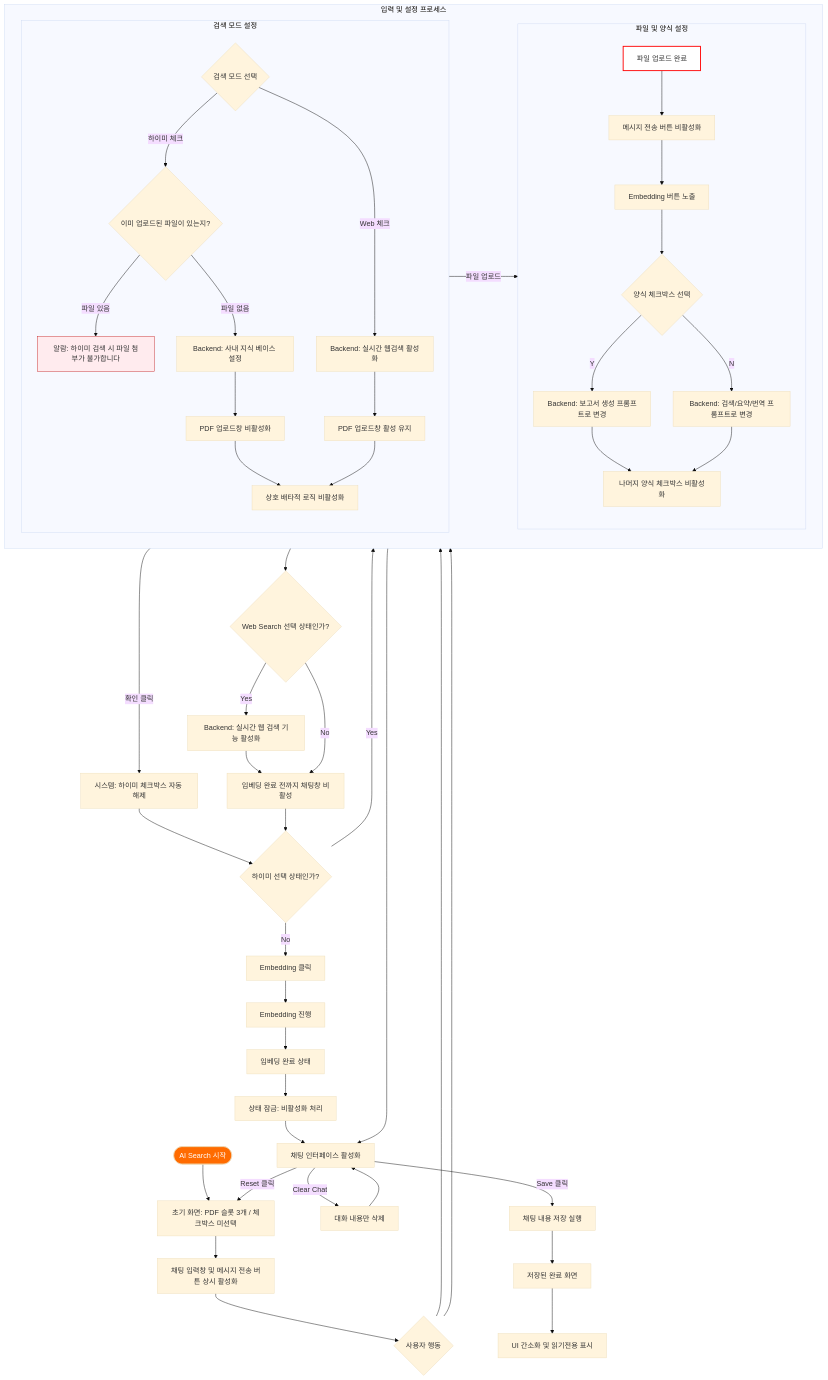
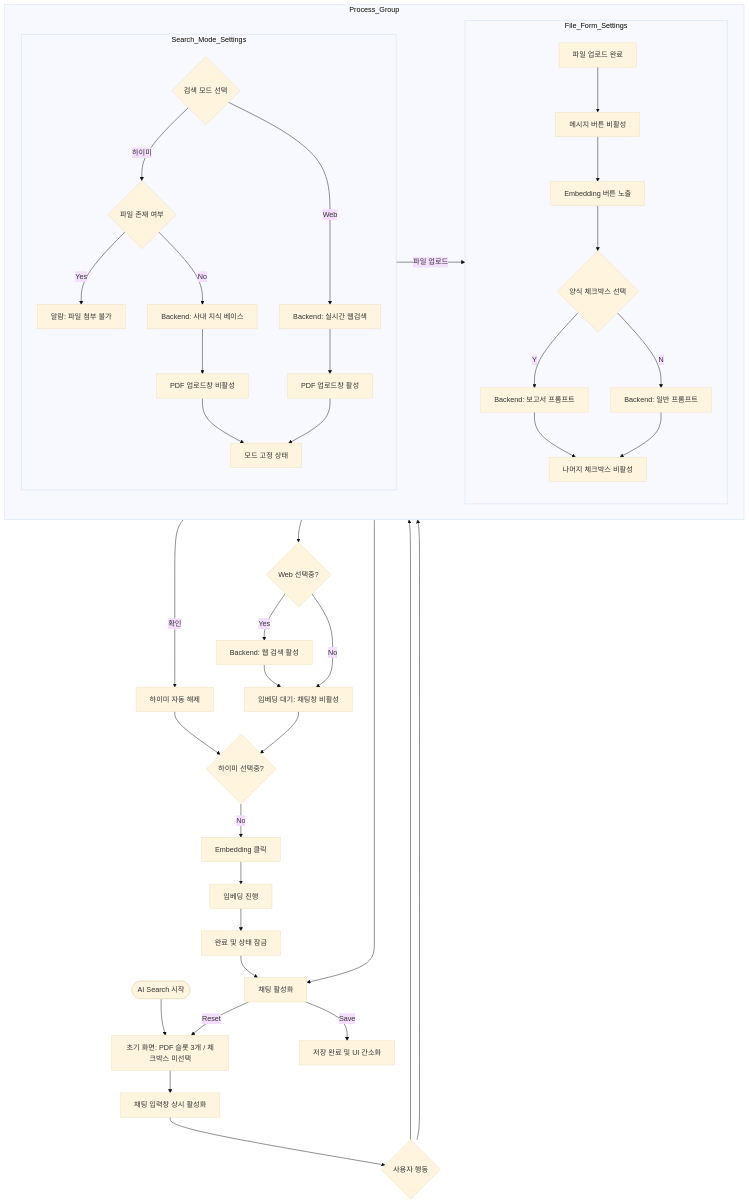
Before and after one commit to jjpark0727/hdmf-ai-search: the diagram in docs/diagram/service.md, drawn with Mermaid (base theme).

Commit message:
초기문서

````diff
--- a/docs/diagram/service.md
+++ b/docs/diagram/service.md
@@ -1,71 +1,58 @@
 ```mermaid
 graph TD
-    %% 1. 시작 및 초기 상태
+    %% 1. 시작
     Start([AI Search 시작]) --> Initial["초기 화면: PDF 슬롯 3개 / 체크박스 미선택"]
-    Initial --> Default_Active["채팅 입력창 및 메시지 전송 버튼 상시 활성화"]
+    Initial --> Default_Active["채팅 입력창 상시 활성화"]
     Default_Active --> Action{사용자 행동}
 
-    %% 공간 최적화를 위한 서브그래프
-    subgraph "입력 및 설정 프로세스"
+    %% 2. 서브그래프 설정 (구조적 안정성 확보)
+    subgraph "Process_Group"
         direction LR
-        subgraph "파일 및 양식 설정"
+        subgraph "File_Form_Settings"
             direction TD
-            %% 에러 방지를 위해 명확한 줄바꿈과 따옴표 사용
-            PDF_Uploaded["파일 업로드 완료"] --> Msg_Btn_Off["메시지 전송 버튼 비활성화"]
+            PDF_Uploaded["파일 업로드 완료"] --> Msg_Btn_Off["메시지 버튼 비활성"]
             Msg_Btn_Off --> Embed_Btn_On["Embedding 버튼 노출"]
             Embed_Btn_On --> Form_Select{"양식 체크박스 선택"}
-            Form_Select -- "Y" --> Form_Report_BE["Backend: 보고서 생성 프롬프트로 변경"]
-            Form_Select -- "N" --> Form_General_BE["Backend: 검색/요약/번역 프롬프트로 변경"]
-            Form_Report_BE & Form_General_BE --> Exclusive_Form["나머지 양식 체크박스 비활성화"]
+            Form_Select -- "Y" --> Form_Report_BE["Backend: 보고서 프롬프트"]
+            Form_Select -- "N" --> Form_General_BE["Backend: 일반 프롬프트"]
+            Form_Report_BE & Form_General_BE --> Exclusive_Form["나머지 체크박스 비활성"]
         end
 
-        subgraph "검색 모드 설정"
+        subgraph "Search_Mode_Settings"
             direction TD
             Mode_Decision{"검색 모드 선택"}
-            Mode_Decision -- "하이미 체크" --> HiMe_Check{"이미 업로드된 파일이 있는지?"}
-            HiMe_Check -- "파일 있음" --> Common_Alert["알람: 하이미 검색 시 파일 첨부가 불가합니다"]
-            HiMe_Check -- "파일 없음" --> HiMe_Backend["Backend: 사내 지식 베이스 설정"]
-            HiMe_Backend --> HiMe_UI["PDF 업로드창 비활성화"]
+            Mode_Decision -- "하이미" --> HiMe_Check{"파일 존재 여부"}
+            HiMe_Check -- "Yes" --> Common_Alert["알람: 파일 첨부 불가"]
+            HiMe_Check -- "No" --> HiMe_BE["Backend: 사내 지식 베이스"]
+            HiMe_BE --> HiMe_UI["PDF 업로드창 비활성"]
             
-            Mode_Decision -- "Web 체크" --> Web_Backend["Backend: 실시간 웹검색 활성화"]
-            Web_Backend --> Web_UI["PDF 업로드창 활성 유지"]
+            Mode_Decision -- "Web" --> Web_BE["Backend: 실시간 웹검색"]
+            Web_BE --> Web_UI["PDF 업로드창 활성"]
             Web_UI -- "파일 업로드" --> PDF_Uploaded
             
-            HiMe_UI & Web_UI --> Mode_Fixed["상호 배타적 로직 비활성화"]
+            HiMe_UI & Web_UI --> Mode_Fixed["모드 고정 상태"]
         end
     end
 
-    %% 연결 로직
+    %% 3. 연결 및 마무리 로직
     Action --> PDF_Uploaded
     Action --> Mode_Decision
-    Common_Alert -- "확인 클릭" --> Auto_Uncheck["시스템: 하이미 체크박스 자동 해제"]
-    Auto_Uncheck --> HiMe_Final_Check{"하이미 선택 상태인가?"}
 
-    Exclusive_Form --> Embed_Check{"Web Search 선택 상태인가?"}
-    Embed_Check -- "Yes" --> Web_Activation["Backend: 실시간 웹 검색 기능 활성화"]
-    Web_Activation --> Embed_Required["임베딩 완료 전까지 채팅창 비활성"]
+    Common_Alert -- "확인" --> Auto_Uncheck["하이미 자동 해제"]
+    Auto_Uncheck --> HiMe_Final_Check{"하이미 선택중?"}
+
+    Exclusive_Form --> Embed_Check{"Web 선택중?"}
+    Embed_Check -- "Yes" --> Web_Activation["Backend: 웹 검색 활성"]
+    Web_Activation --> Embed_Required["임베딩 대기: 채팅창 비활성"]
     Embed_Check -- "No" --> Embed_Required
     
     Embed_Required --> HiMe_Final_Check
-    HiMe_Final_Check -- "Yes" --> Common_Alert
     HiMe_Final_Check -- "No" --> Embed_Click["Embedding 클릭"]
     
-    Embed_Click --> Embedding_Process["Embedding 진행"] --> Post_Embedding["임베딩 완료 상태"]
-    Post_Embedding --> Lock_UI["상태 잠금: 비활성화 처리"]
+    Embed_Click --> Embedding_Process["임베딩 진행"] --> Post_Embedding["완료 및 상태 잠금"]
+    Post_Embedding --> Chat_Loop["채팅 활성화"]
+    Mode_Fixed --> Chat_Loop
     
-    Mode_Fixed --> Chat_Loop["채팅 인터페이스 활성화"]
-    Lock_UI --> Chat_Loop
-    
-    Chat_Loop -- "Clear Chat" --> Chat_Clear["대화 내용만 삭제"]
-    Chat_Clear --> Chat_Loop
-    Chat_Loop -- "Reset 클릭" --> Initial
-    
-    Chat_Loop -- "Save 클릭" --> Saved_Action["채팅 내용 저장 실행"]
-    Saved_Action --> Saved_State["저장된 완료 화면"]
-    Saved_State --> UI_Final["UI 간소화 및 읽기전용 표시"]
-
-    %% 스타일 적용 (가독성을 위해 핵심 노드만 유지)
-    style Start fill:#FF6B00,color:#fff
-    style PDF_Uploaded fill:#fff,stroke:#ff0000,stroke-width:2px
-    style Common_Alert fill:#ffebee,stroke:#c62828
+    Chat_Loop -- "Reset" --> Initial
+    Chat_Loop -- "Save" --> Saved_State["저장 완료 및 UI 간소화"]
 ```
````
